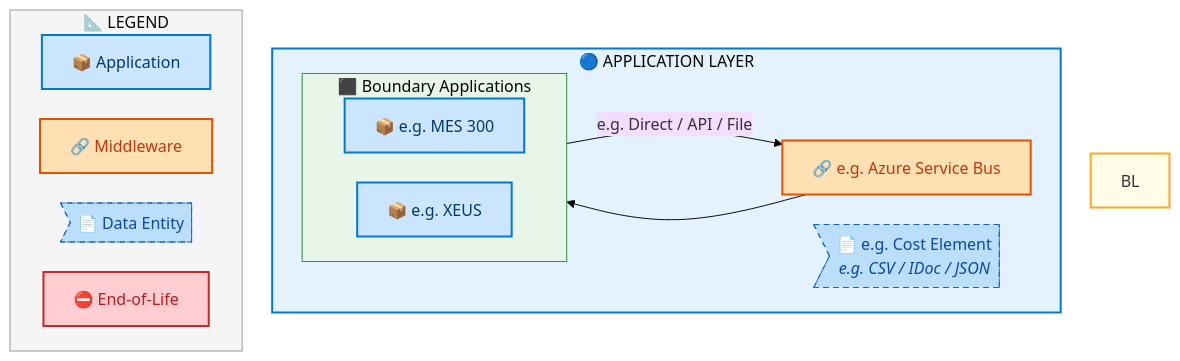
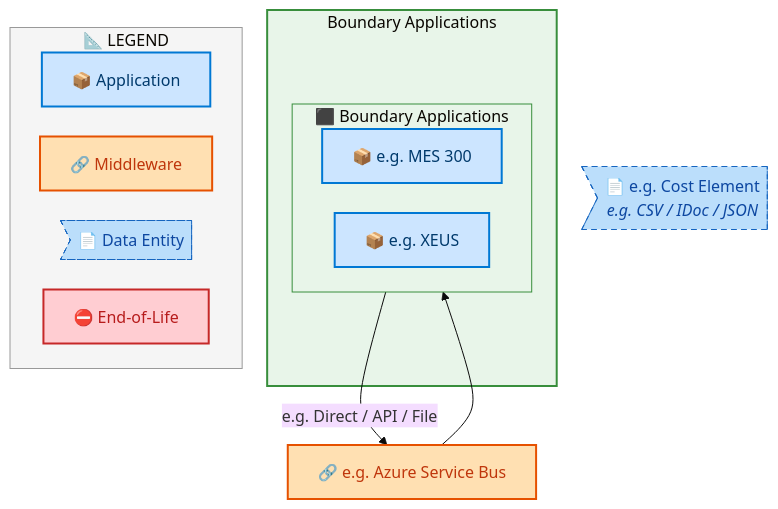
One commit to sajivfrancis777/IAO-Architecture changed diagram 19 of 21 in towers/E2E/Forecast to Stock/E2E-94/output/docs/systems-architecture/E2E-94-Architecture.md. Above: the diagram before and after it, drawn with Mermaid. The commit also changed other lines of this file and 106 other files, not shown here.

First line of the commit message:
feat: tier-grouped swim lane layout for architecture diagrams

````diff
--- a/towers/E2E/Forecast to Stock/E2E-94/output/docs/systems-architecture/E2E-94-Architecture.md
+++ b/towers/E2E/Forecast to Stock/E2E-94/output/docs/systems-architecture/E2E-94-Architecture.md
@@ -1987,41 +1986,40 @@
 ```mermaid
 %%{init: {"theme": "base", "securityLevel": "loose", "themeVariables": {"fontSize": "16px", "fontFamily": "Segoe UI, Arial, sans-serif"}, "flowchart": {"useMaxWidth": false, "htmlLabels": true, "nodeSpacing": 30, "rankSpacing": 35}} }%%
 flowchart TB
     %% -- ArchiMate 3.2 + Azure style classes --
     classDef business      fill:#FFFFB3,stroke:#F9A825,stroke-width:2px,color:#000
     classDef app           fill:#CCE5FF,stroke:#0078D4,stroke-width:2px,color:#003A6C
     classDef data          fill:#BBDEFB,stroke:#1565C0,stroke-width:1px,color:#0D47A1,stroke-dasharray: 5 5
     classDef middleware    fill:#FFE0B2,stroke:#E65100,stroke-width:2px,color:#BF360C
     classDef eol           fill:#FFCDD2,stroke:#C62828,stroke-width:2px,color:#B71C1C
     classDef saas          fill:#E1BEE7,stroke:#7B1FA2,stroke-width:2px,color:#4A148C
     classDef cloud         fill:#BBDEFB,stroke:#1565C0,stroke-width:2px,color:#0D47A1
     classDef onprem        fill:#C8E6C9,stroke:#2E7D32,stroke-width:2px,color:#1B5E20
 
-    subgraph AL["🔵 APPLICATION LAYER"]
+    subgraph E2E94FT_Boundary_Applications["Boundary Applications"]
         subgraph E2E94FLN_Boundary_Applications[" ⬛ Boundary Applications"]
             direction LR
             E2E94F_e_g_MES_300["📦 e.g. MES 300"]:::app
             E2E94F_e_g_XEUS["📦 e.g. XEUS"]:::app
         end
-        E2E94FMW_e_g_Azure_Service_Bus["🔗 e.g. Azure Service Bus"]:::middleware
-        E2E94FDE_e_g_Cost_Element>"📄 e.g. Cost Element<br/><i>e.g. CSV / IDoc / JSON</i>"]:::data
     end
+
+    E2E94FMW_e_g_Azure_Service_Bus["🔗 e.g. Azure Service Bus"]:::middleware
+    E2E94FDE_e_g_Cost_Element>"📄 e.g. Cost Element<br/><i>e.g. CSV / IDoc / JSON</i>"]:::data
 
     E2E94F_e_g_MES_300 -->|"e.g. Direct / API / File"| E2E94FMW_e_g_Azure_Service_Bus
     E2E94FMW_e_g_Azure_Service_Bus --> E2E94F_e_g_XEUS
 
 
-    style BL fill:#FFFDE7,stroke:#F9A825,stroke-width:2px
-    style AL fill:#E3F2FD,stroke:#0078D4,stroke-width:2px
-
+    style E2E94FT_Boundary_Applications fill:#E8F5E9,stroke:#388E3C,stroke-width:2px
     style E2E94FLN_Boundary_Applications fill:#E8F5E9,stroke:#388E3C,stroke-width:1px
 
     subgraph Legend["📐 LEGEND"]
         direction LR
         L_APP["📦 Application"]:::app
         L_MW["🔗 Middleware"]:::middleware
         L_DE>"📄 Data Entity"]:::data
         L_EOL["⛔ End-of-Life"]:::eol
     end
     style Legend fill:#F5F5F5,stroke:#999,stroke-width:1px
 ```
````
